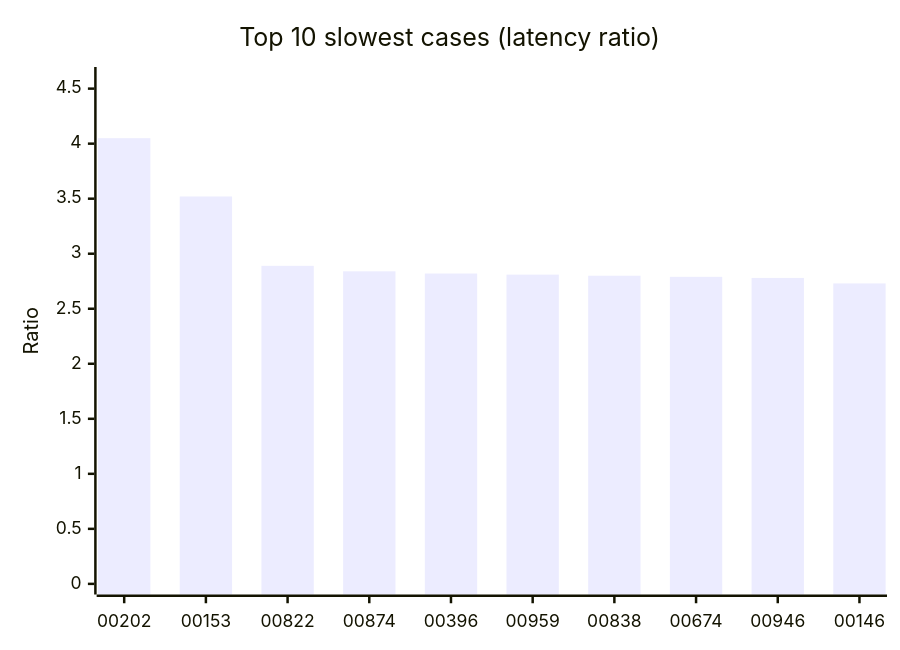
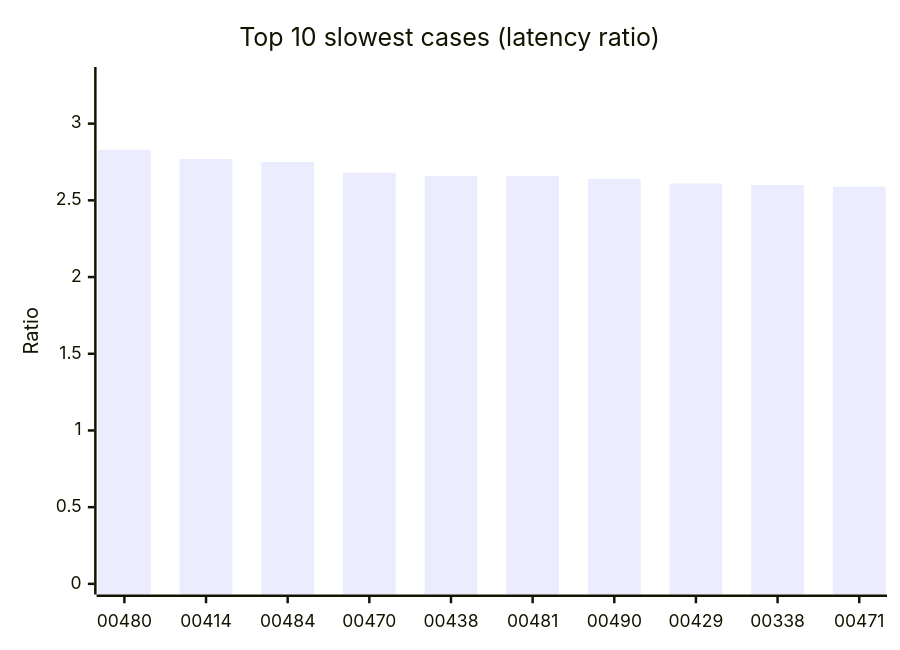
Before and after one commit to neverhuman/RedlineDB: the first of 3 diagrams in README.md, drawn with Mermaid. The commit also changed other lines of this file, not shown here.

````diff
--- a/README.md
+++ b/README.md
@@ -70,7 +70,7 @@
 ```mermaid
 xychart-beta
     title "Top 10 slowest cases (latency ratio)"
-    x-axis ["00202","00153","00822","00874","00396","00959","00838","00674","00946","00146"]
-    y-axis "Ratio" 0 --> 4.6
-    bar [4.05,3.52,2.89,2.84,2.82,2.81,2.80,2.79,2.78,2.73]
+    x-axis ["00480","00414","00484","00470","00438","00481","00490","00429","00338","00471"]
+    y-axis "Ratio" 0 --> 3.3
+    bar [2.83,2.77,2.75,2.68,2.66,2.66,2.64,2.61,2.60,2.59]
 ```
````
